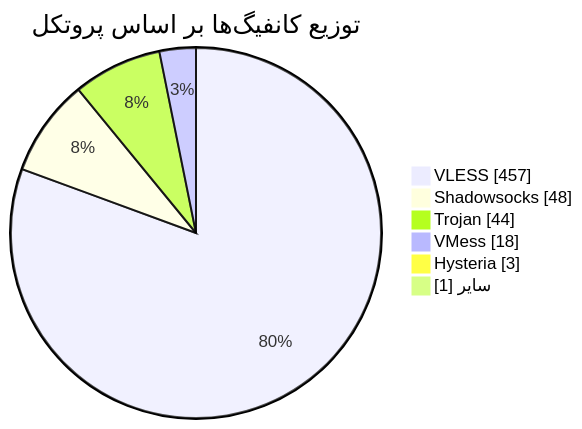
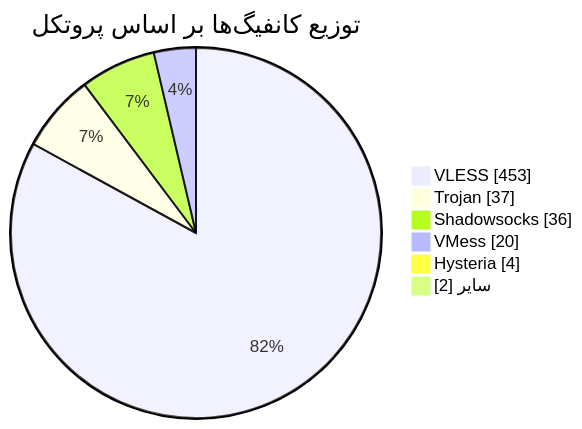
One commit to Arian-Alijani/Somthing changed the diagram in README.md. Above: the diagram before and after it, drawn with Mermaid. The commit also changed other lines of this file and 93 other files, not shown here.

````diff
--- a/README.md
+++ b/README.md
@@ -48,10 +48,10 @@
 ```mermaid
 pie showData
     title توزیع کانفیگ‌ها بر اساس پروتکل
-    "VLESS" : 457
-    "Shadowsocks" : 48
-    "Trojan" : 44
-    "VMess" : 18
-    "Hysteria" : 3
-    "سایر" : 1
+    "VLESS" : 453
+    "Trojan" : 37
+    "Shadowsocks" : 36
+    "VMess" : 20
+    "Hysteria" : 4
+    "سایر" : 2
 ```
````
